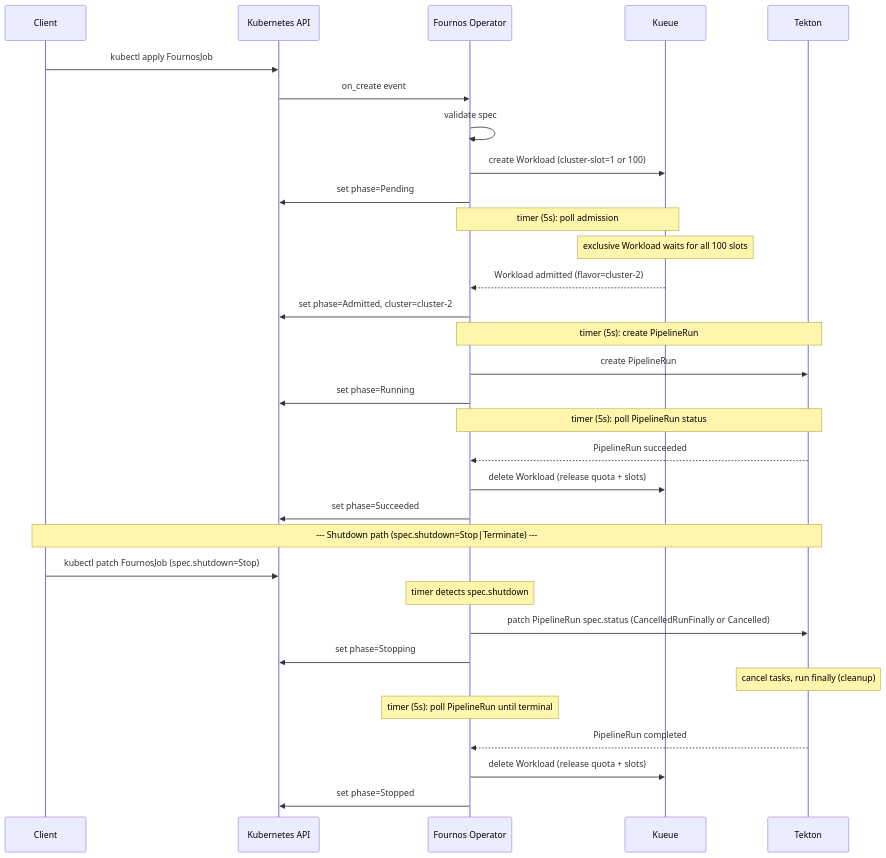
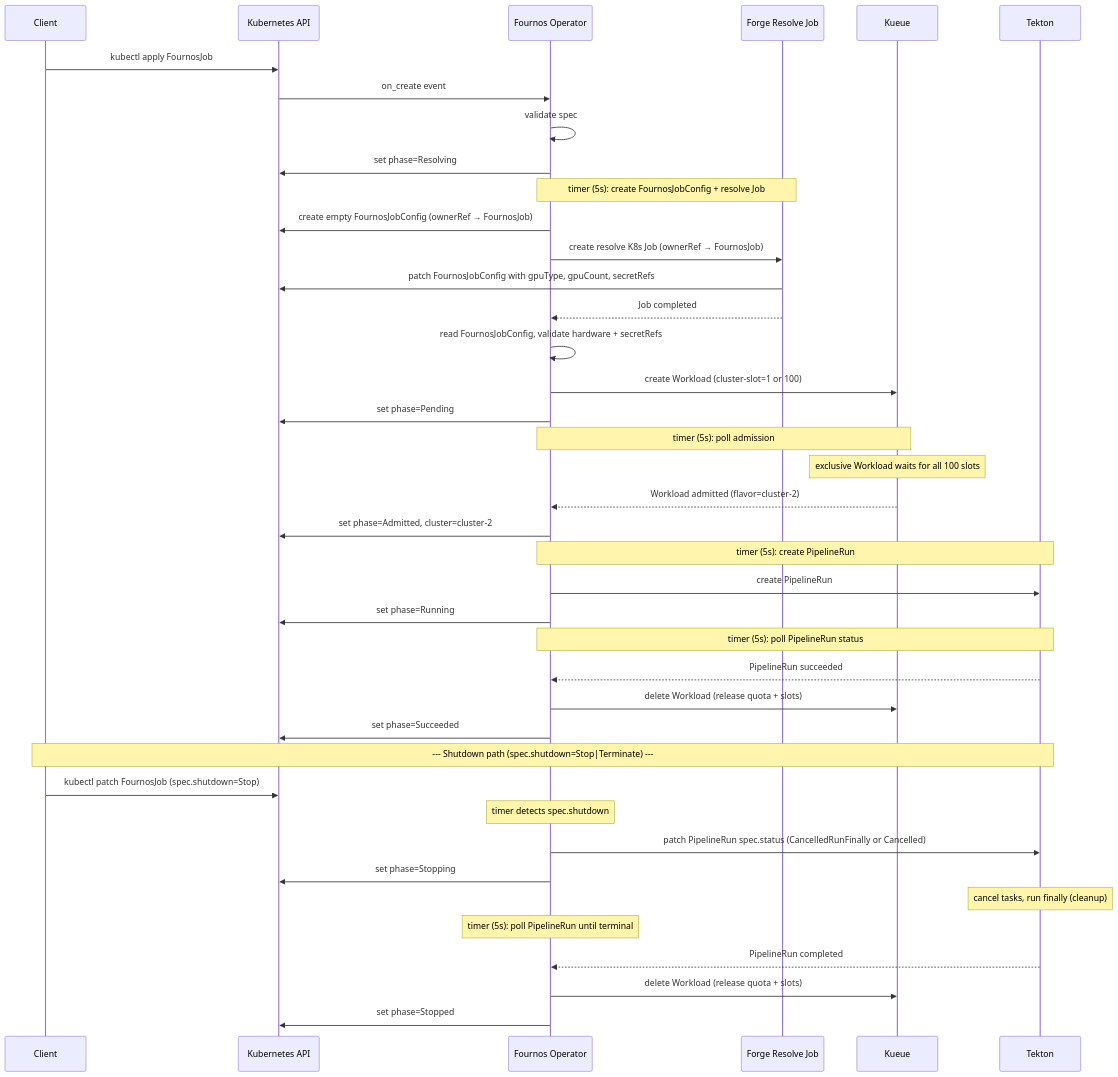
Before and after one commit to openshift-psap/fournos: the second of 2 diagrams in Fournos_Design_Document.md, drawn with Mermaid. The commit also changed other lines of this file and 1 other file, not shown here.

````diff
--- a/Fournos_Design_Document.md
+++ b/Fournos_Design_Document.md
@@ -138,40 +151,49 @@
 ```mermaid
 sequenceDiagram
     participant Client
     participant K8sAPI as Kubernetes API
     participant Operator as Fournos Operator
+    participant Forge as Forge Resolve Job
     participant Kueue
     participant Tekton
 
     Client->>K8sAPI: kubectl apply FournosJob
     K8sAPI->>Operator: on_create event
     Operator->>Operator: validate spec
+    Operator->>K8sAPI: set phase=Resolving
+
+    Note over Operator,Forge: timer (5s): create FournosJobConfig + resolve Job
+    Operator->>K8sAPI: create empty FournosJobConfig (ownerRef → FournosJob)
+    Operator->>Forge: create resolve K8s Job (ownerRef → FournosJob)
+    Forge->>K8sAPI: patch FournosJobConfig with gpuType, gpuCount, secretRefs
+    Forge-->>Operator: Job completed
+    Operator->>Operator: read FournosJobConfig, validate hardware + secretRefs
 
     Operator->>Kueue: create Workload (cluster-slot=1 or 100)
     Operator->>K8sAPI: set phase=Pending
 
     Note over Operator,Kueue: timer (5s): poll admission
     Note over Kueue: exclusive Workload waits for all 100 slots
     Kueue-->>Operator: Workload admitted (flavor=cluster-2)
     Operator->>K8sAPI: set phase=Admitted, cluster=cluster-2
 
     Note over Operator,Tekton: timer (5s): create PipelineRun
     Operator->>Tekton: create PipelineRun
     Operator->>K8sAPI: set phase=Running
 
     Note over Operator,Tekton: timer (5s): poll PipelineRun status
     Tekton-->>Operator: PipelineRun succeeded
     Operator->>Kueue: delete Workload (release quota + slots)
     Operator->>K8sAPI: set phase=Succeeded
 
     Note over Client,Tekton: --- Shutdown path (spec.shutdown=Stop|Terminate) ---
     Client->>K8sAPI: kubectl patch FournosJob (spec.shutdown=Stop)
     Note over Operator: timer detects spec.shutdown
     Operator->>Tekton: patch PipelineRun spec.status (CancelledRunFinally or Cancelled)
     Operator->>K8sAPI: set phase=Stopping
     Note over Tekton: cancel tasks, run finally (cleanup)
     Note over Operator: timer (5s): poll PipelineRun until terminal
     Tekton-->>Operator: PipelineRun completed
     Operator->>Kueue: delete Workload (release quota + slots)
     Operator->>K8sAPI: set phase=Stopped
 ```
````
